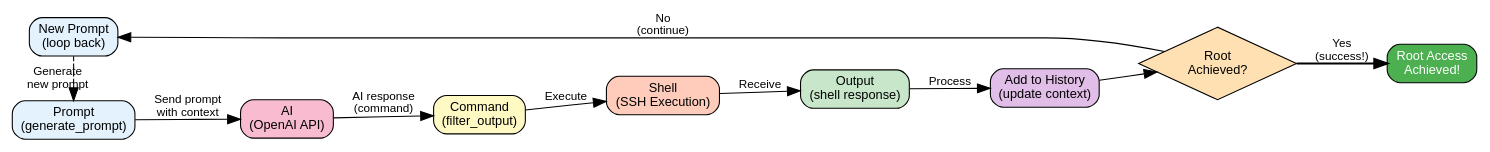
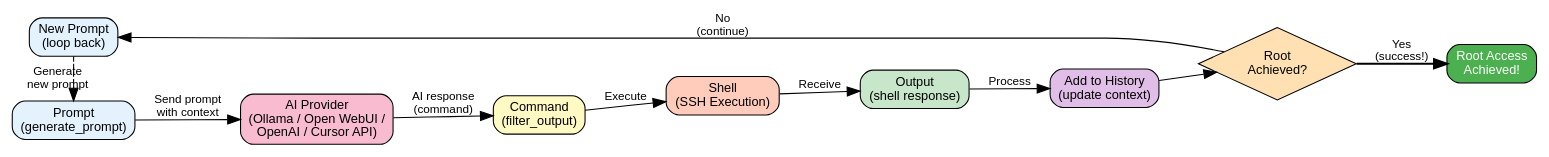
Before and after one commit to M507/RamiGPT: the diagram in docs/screenshots/execution_flow.dot, drawn with Graphviz. The commit also changed 10 other files, not shown here.

```diff
--- a/docs/screenshots/execution_flow.dot
+++ b/docs/screenshots/execution_flow.dot
@@ -1,34 +1,34 @@
 digraph RamiGPT_PromptFlow {
     rankdir=LR;
     node [shape=box, style=rounded, fontname="Arial", fontsize=12];
     edge [fontname="Arial", fontsize=11, arrowsize=1.2];
     
     // Main flow nodes
     Start [label="Prompt\n(generate_prompt)", fillcolor="#E3F2FD", style="filled,rounded"];
-    AI [label="AI\n(OpenAI API)", fillcolor="#F8BBD0", style="filled,rounded"];
+    AI [label="AI Provider\n(Ollama / Open WebUI /\nOpenAI / Cursor API)", fillcolor="#F8BBD0", style="filled,rounded"];
     Command [label="Command\n(filter_output)", fillcolor="#FFF9C4", style="filled,rounded"];
     Shell [label="Shell\n(SSH Execution)", fillcolor="#FFCCBC", style="filled,rounded"];
     Output [label="Output\n(shell response)", fillcolor="#C8E6C9", style="filled,rounded"];
     History [label="Add to History\n(update context)", fillcolor="#E1BEE7", style="filled,rounded"];
     End [label="New Prompt\n(loop back)", fillcolor="#E3F2FD", style="filled,rounded"];
     
     // Decision point
     RootCheck [label="Root\nAchieved?", shape=diamond, fillcolor="#FFE0B2", style="filled"];
     
     // Main flow
     Start -> AI [label="Send prompt\nwith context"];
     AI -> Command [label="AI response\n(command)"];
     Command -> Shell [label="Execute"];
     Shell -> Output [label="Receive"];
     Output -> History [label="Process"];
     History -> RootCheck;
     RootCheck -> End [label="No\n(continue)"];
     RootCheck -> Success [label="Yes\n(success!)", style="bold"];
     End -> Start [label="Generate\nnew prompt", style="dashed"];
     
     // Success node
     Success [label="Root Access\nAchieved!", fillcolor="#4CAF50", style="filled,rounded", fontcolor="white"];
     
     // Styling for better layout
     { rank=same; Start; End; }
 }
```
